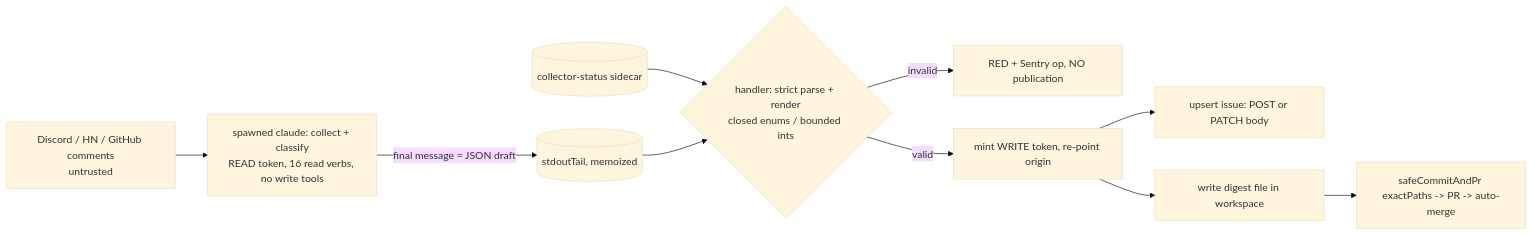
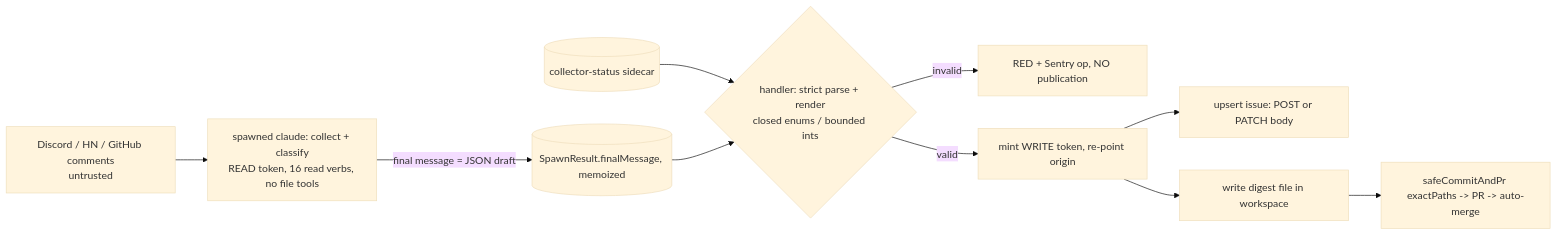
The diagram in knowledge-base/project/plans/2026-10-06-fix-community-monitor-output-allowlist-plan.md (jikig-ai/soleur), drawn with Mermaid (base theme) before and after one commit. The commit also changed other lines of this file and 2 other files, not shown here.

````diff
--- a/knowledge-base/project/plans/2026-10-06-fix-community-monitor-output-allowlist-plan.md
+++ b/knowledge-base/project/plans/2026-10-06-fix-community-monitor-output-allowlist-plan.md
@@ -160,12 +185,12 @@
 ```mermaid
 flowchart LR
-  D[Discord / HN / GitHub comments<br/>untrusted] --> C[spawned claude: collect + classify<br/>READ token, 16 read verbs, no write tools]
-  C -->|final message = JSON draft| S[(stdoutTail, memoized)]
+  D[Discord / HN / GitHub comments<br/>untrusted] --> C[spawned claude: collect + classify<br/>READ token, 16 read verbs, no file tools]
+  C -->|final message = JSON draft| S[(SpawnResult.finalMessage, memoized)]
   K[(collector-status sidecar)] --> V
   S --> V{handler: strict parse + render<br/>closed enums / bounded ints}
   V -- invalid --> R[RED + Sentry op, NO publication]
   V -- valid --> W[mint WRITE token, re-point origin]
   W --> I[upsert issue: POST or PATCH body]
   W --> F[write digest file in workspace]
   F --> P[safeCommitAndPr exactPaths -> PR -> auto-merge]
 ```
````
